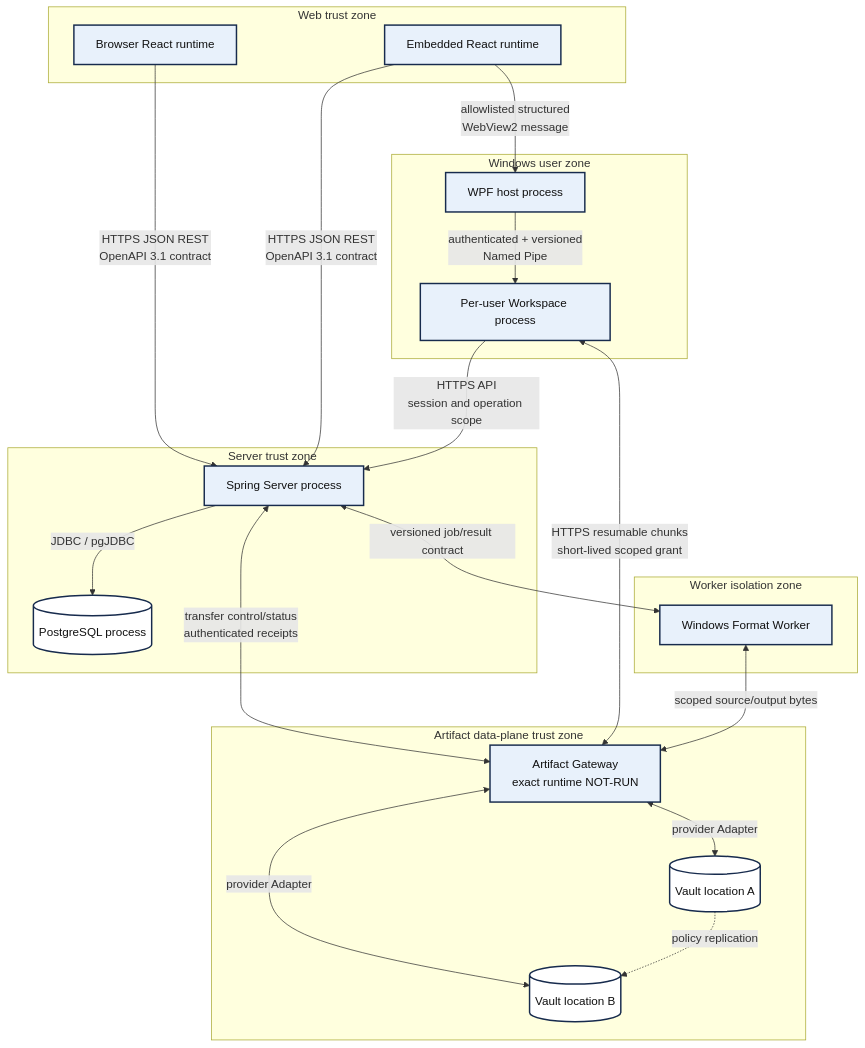
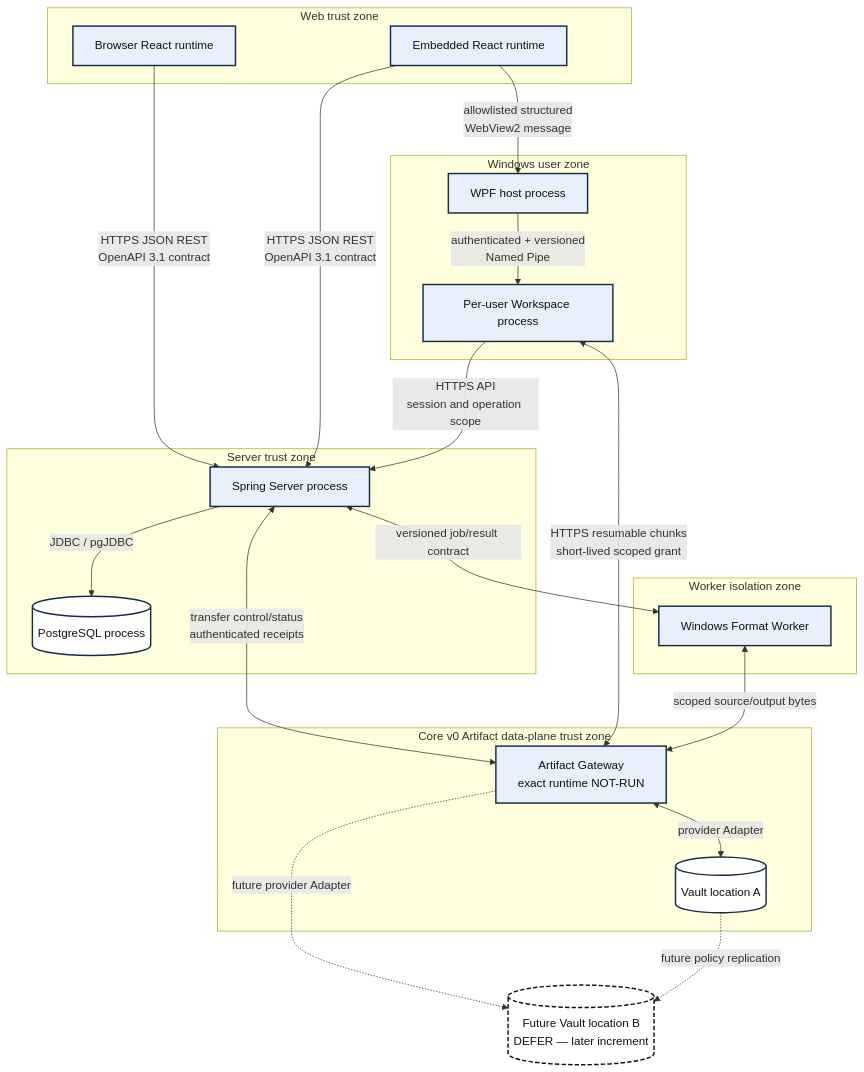
One commit to devphuclam/IDEAEngineering changed the fourth of 8 diagrams in docs/product/instances/idea-engineering/technology/IDEA-core-v0-technology-architecture-views.md. Above: the diagram before and after it, drawn with Mermaid. The commit also changed other lines of this file and 82 other files, not shown here.

````diff
--- a/docs/product/instances/idea-engineering/technology/IDEA-core-v0-technology-architecture-views.md
+++ b/docs/product/instances/idea-engineering/technology/IDEA-core-v0-technology-architecture-views.md
@@ -249,46 +255,48 @@
 ```mermaid
 flowchart TB
     accTitle: IDEA Core v0 runtimes protocols and trust boundaries
     accDescr: Browser React and embedded React call the Spring Server with versioned HTTPS JSON REST. Embedded React sends allowlisted structured messages to WPF. WPF calls the per-user Workspace using an authenticated and versioned Named Pipe. Workspace calls the Server for authorization, operation preparation and commit. A scoped Transfer Grant then permits direct resumable bytes between Workspace and the selected Artifact Gateway. The Gateway accesses a selected Vault and returns a signed or authenticated Transfer Receipt; it cannot publish a Generation.
 
     subgraph UntrustedUI[Web trust zone]
       BReact[Browser React runtime]
       EReact[Embedded React runtime]
     end
     subgraph NativeUser[Windows user zone]
       WPF[WPF host process]
       WS[Per-user Workspace process]
     end
     subgraph ServerZone[Server trust zone]
       Spring[Spring Server process]
       PG[(PostgreSQL process)]
     end
-    subgraph ArtifactZone[Artifact data-plane trust zone]
+    subgraph ArtifactZone[Core v0 Artifact data-plane trust zone]
       AG[Artifact Gateway<br/>exact runtime NOT-RUN]
       VA[(Vault location A)]
-      VB[(Vault location B)]
       AG <--> |provider Adapter| VA
-      AG <--> |provider Adapter| VB
-      VA -. policy replication .-> VB
     end
+    VB[(Future Vault location B<br/>DEFER — later increment)]
+    AG -. future provider Adapter .-> VB
+    VA -. future policy replication .-> VB
     subgraph WorkerZone[Worker isolation zone]
       FW[Windows Format Worker]
     end
 
     BReact -->|HTTPS JSON REST<br/>OpenAPI 3.1 contract| Spring
     EReact -->|HTTPS JSON REST<br/>OpenAPI 3.1 contract| Spring
     EReact -->|allowlisted structured<br/>WebView2 message| WPF
     WPF -->|authenticated + versioned<br/>Named Pipe| WS
     WS -->|HTTPS API<br/>session and operation scope| Spring
     Spring -->|JDBC / pgJDBC| PG
     Spring <-->|transfer control/status<br/>authenticated receipts| AG
     WS <--> |HTTPS resumable chunks<br/>short-lived scoped grant| AG
     Spring <--> |versioned job/result contract| FW
     FW <-->|scoped source/output bytes| AG
 
     classDef selected fill:#e8f1fb,stroke:#172b4d,stroke-width:2px,color:#111;
     classDef data fill:#fff,stroke:#172b4d,stroke-width:2px,color:#111;
+    classDef notrun fill:#fff,stroke:#111,stroke-width:2px,stroke-dasharray:6 3,color:#111;
     class BReact,EReact,WPF,WS,Spring,FW selected;
-    class PG,VA,VB data;
+    class PG,VA data;
     class AG selected;
+    class VB notrun;
 ```
````
